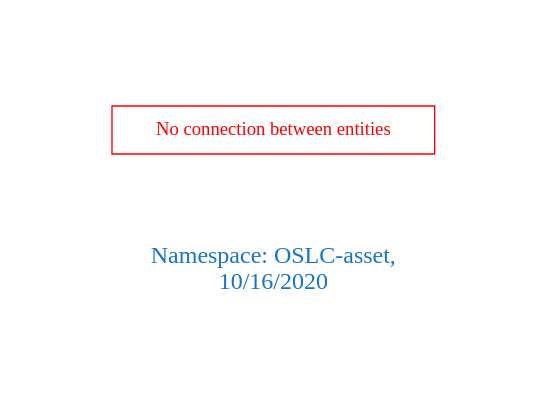
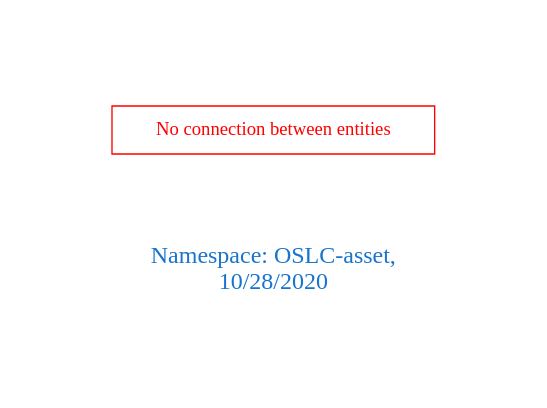
One commit to arago/OGIT changed the diagram in downloads/OSLC-asset.dot. Above: the diagram before and after it, drawn with Graphviz. The commit also changed 1830 other files, not shown here.

```diff
--- a/downloads/OSLC-asset.dot
+++ b/downloads/OSLC-asset.dot
@@ -1,9 +1,9 @@
 digraph OGIT_ontology {
  graph [ rankdir= LR,pad=1 
 fontsize = 18,
-fontcolor= dodgerblue3,label = "\n\n\nNamespace: OSLC-asset, \n 10/16/2020"];
+fontcolor= dodgerblue3,label = "\n\n\nNamespace: OSLC-asset, \n 10/28/2020"];
 node[shape=polygon];
 edge [  color="gray81"];
 
 "No connection between entities" [fontcolor = "red",color="red", shape="polygon"]
 }
```
